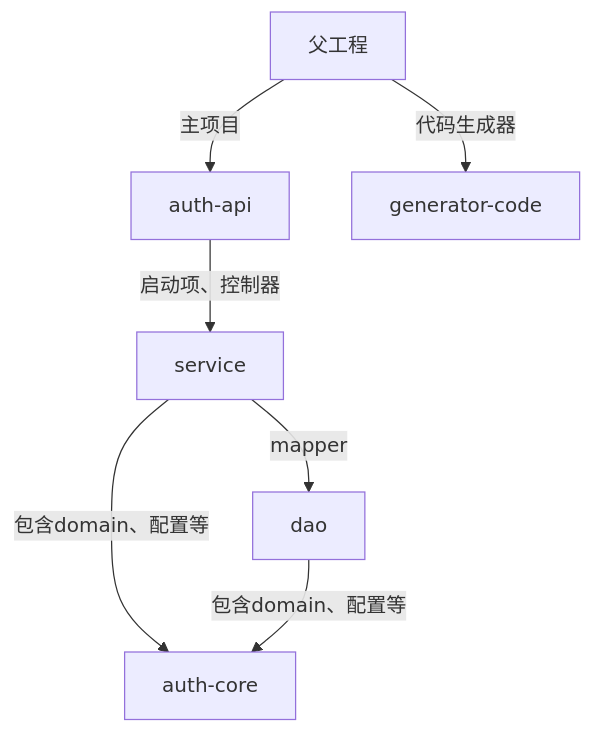
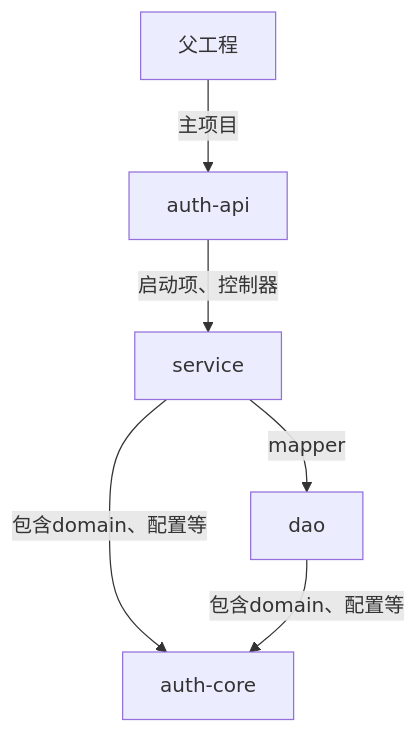
Before and after one commit to BunnyMaster/bunny-admin-server: the diagram in ReadMe.md, drawn with Mermaid. The commit also changed 127 other files, not shown here.

````diff
--- a/ReadMe.md
+++ b/ReadMe.md
@@ -127,12 +127,11 @@
 ```mermaid
 graph TD
 
 父工程 -->|主项目| auth-api
-父工程 -->|代码生成器| generator-code
 auth-api -->|启动项、控制器| service
 service -->|mapper| dao
 service -->|包含domain、配置等| auth-core
 dao -->|包含domain、配置等| auth-core
 
 
 ```
````
